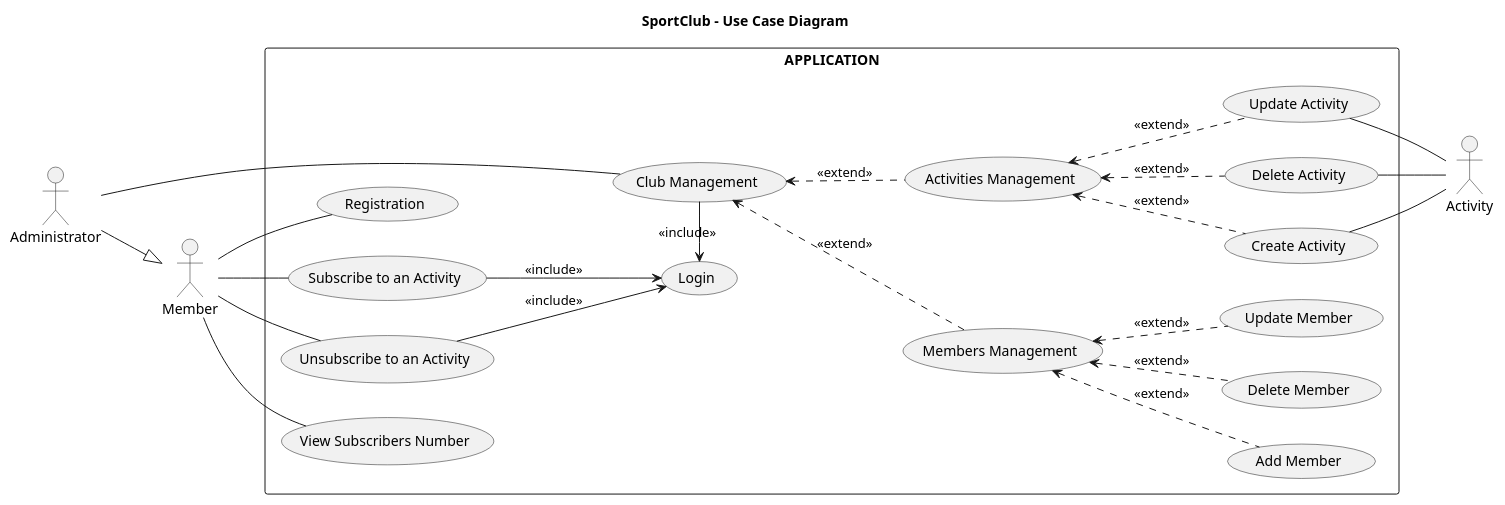
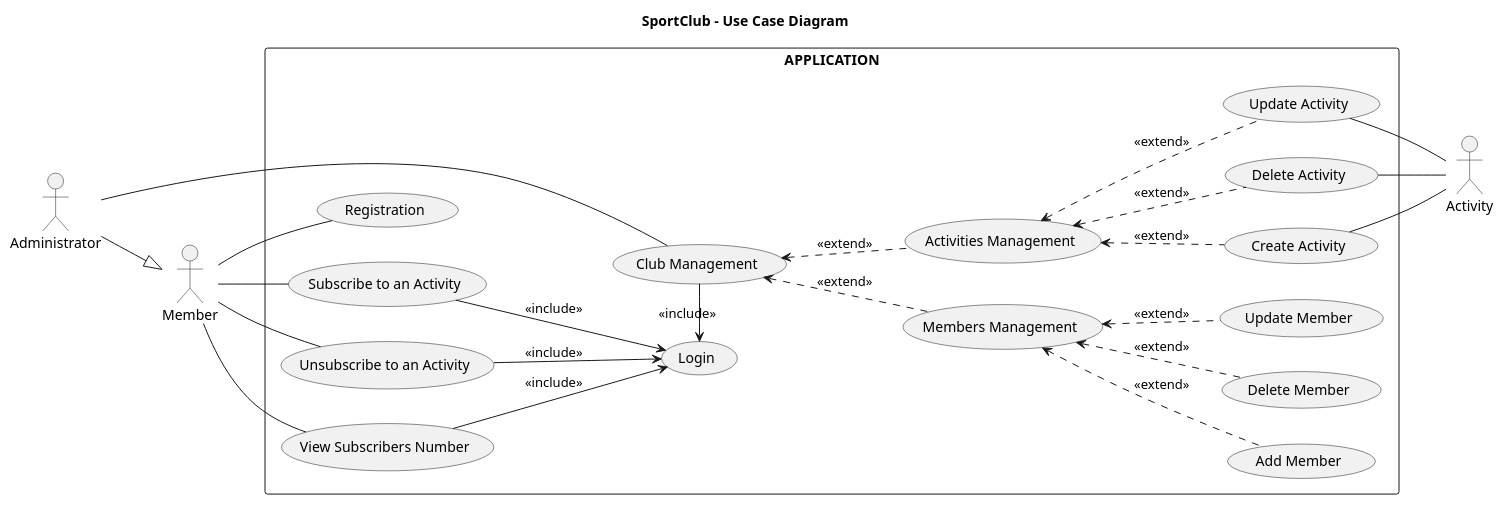
The diagram in Assegnamento4/Documentation/UML Diagrams/UseCaseDiagram.puml (danielepelleg/software_engineering), drawn with PlantUML before and after one commit. The commit also changed 3 other files, not shown here.

```diff
--- a/Assegnamento4/Documentation/UML Diagrams/UseCaseDiagram.puml
+++ b/Assegnamento4/Documentation/UML Diagrams/UseCaseDiagram.puml
@@ -1,33 +1,34 @@
 @startuml
 title SportClub - Use Case Diagram
 
 left to right direction
 
 actor Administrator
 actor Member
 actor Activity
 
 
 rectangle  APPLICATION {
     Administrator --|> Member
     Administrator -- (Club Management)
     (Club Management) <.. (Members Management) : <<extend>>
     (Club Management) <.. (Activities Management) : <<extend>>
     (Club Management) -left-> (Login) : <<include>>
     (Members Management) <.. (Add Member) : <<extend>>
     (Members Management) <.. (Delete Member) : <<extend>>
     (Members Management) <.. (Update Member) : <<extend>>
     (Activities Management) <.. (Create Activity) : <<extend>>
     (Activities Management) <.. (Delete Activity) : <<extend>>
     (Activities Management) <.. (Update Activity) : <<extend>>
     Member -- (Subscribe to an Activity)
     Member -- (Unsubscribe to an Activity)
     Member -- (View Subscribers Number)
     Member -- (Registration)
     (Subscribe to an Activity) --> (Login) : <<include>>
     (Unsubscribe to an Activity) --> (Login) : <<include>>
+    (View Subscribers Number) --> (Login) : <<include>>
     Activity -up- (Create Activity)
     Activity -up- (Delete Activity)
     Activity -up- (Update Activity)
 }
 @enduml
```
